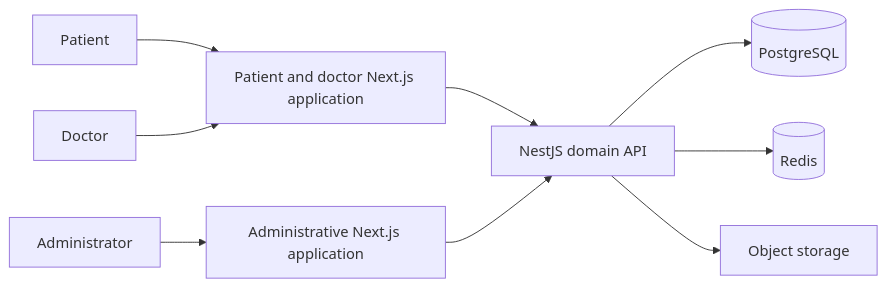
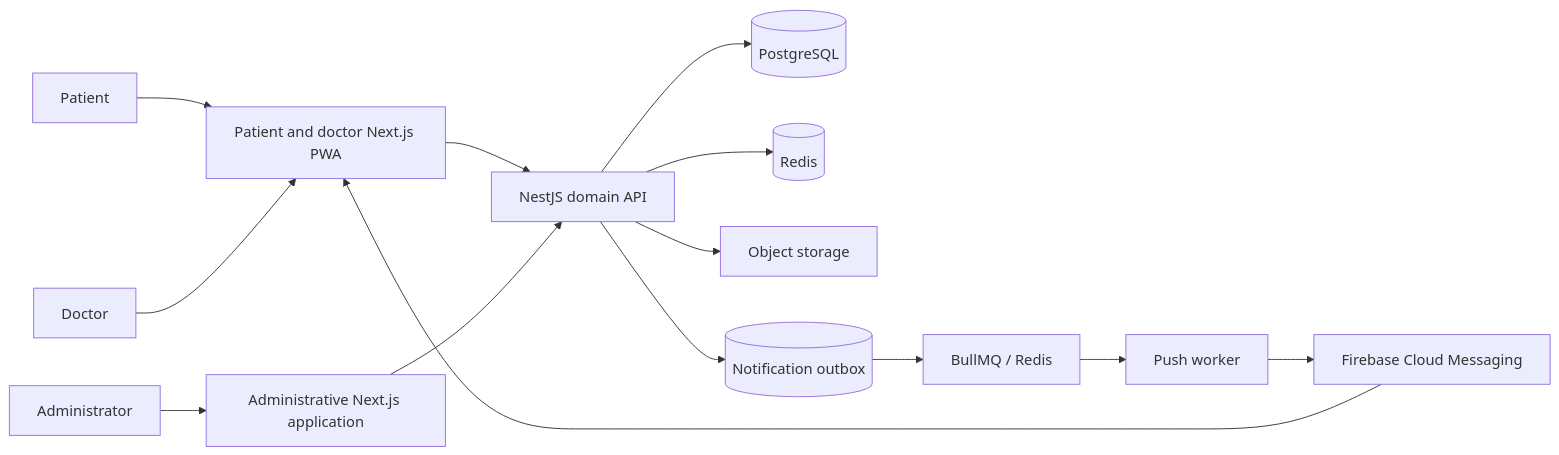
The first of 5 diagrams in docs/architecture.md (RaysAndreyRU/rehub-showcase), drawn with Mermaid before and after one commit. The commit also changed other lines of this file and 6 other files, not shown here.

Commit message:
docs(architecture): add push and PWA case studies

````diff
--- a/docs/architecture.md
+++ b/docs/architecture.md
@@ -7,11 +7,16 @@
 ```mermaid
 flowchart LR
-    Patient[Patient] --> Web[Patient and doctor Next.js application]
+    Patient[Patient] --> Web[Patient and doctor Next.js PWA]
     Doctor[Doctor] --> Web
     Admin[Administrator] --> AdminUI[Administrative Next.js application]
     Web --> API[NestJS domain API]
     AdminUI --> API
     API --> DB[(PostgreSQL)]
     API --> Redis[(Redis)]
     API --> Storage[Object storage]
+    API --> Outbox[(Notification outbox)]
+    Outbox --> Queue[BullMQ / Redis]
+    Queue --> PushWorker[Push worker]
+    PushWorker --> FCM[Firebase Cloud Messaging]
+    FCM --> Web
 ```
````
